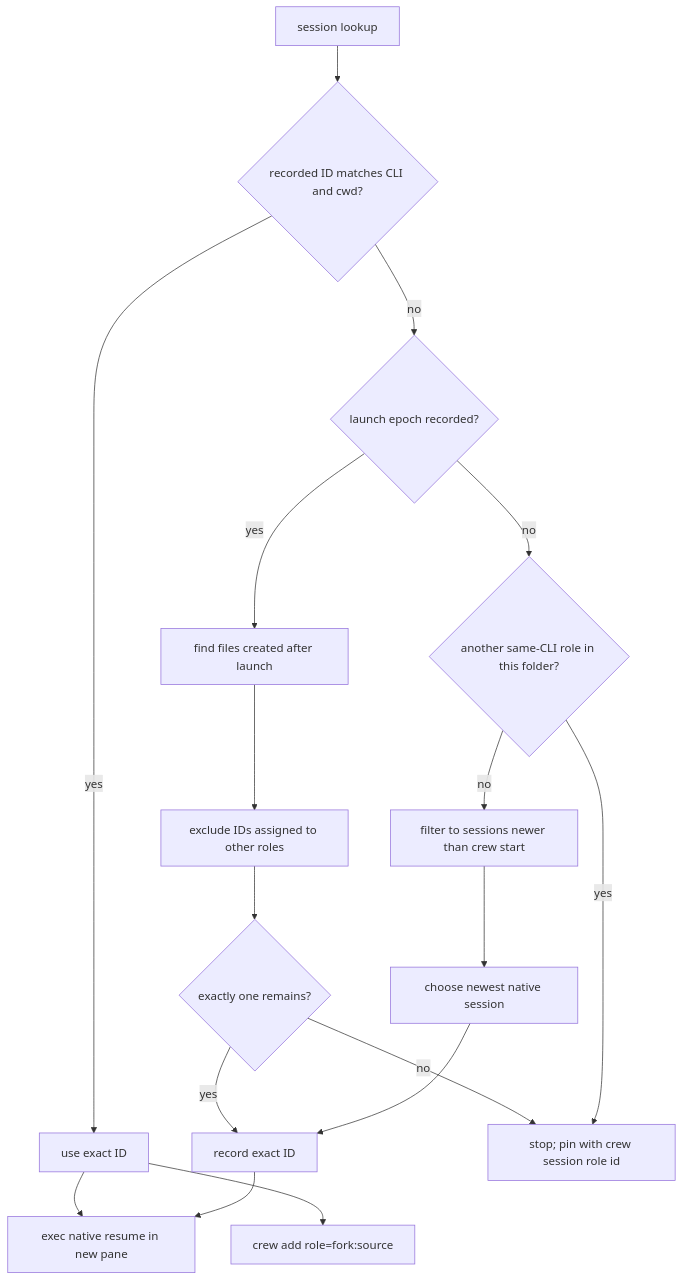
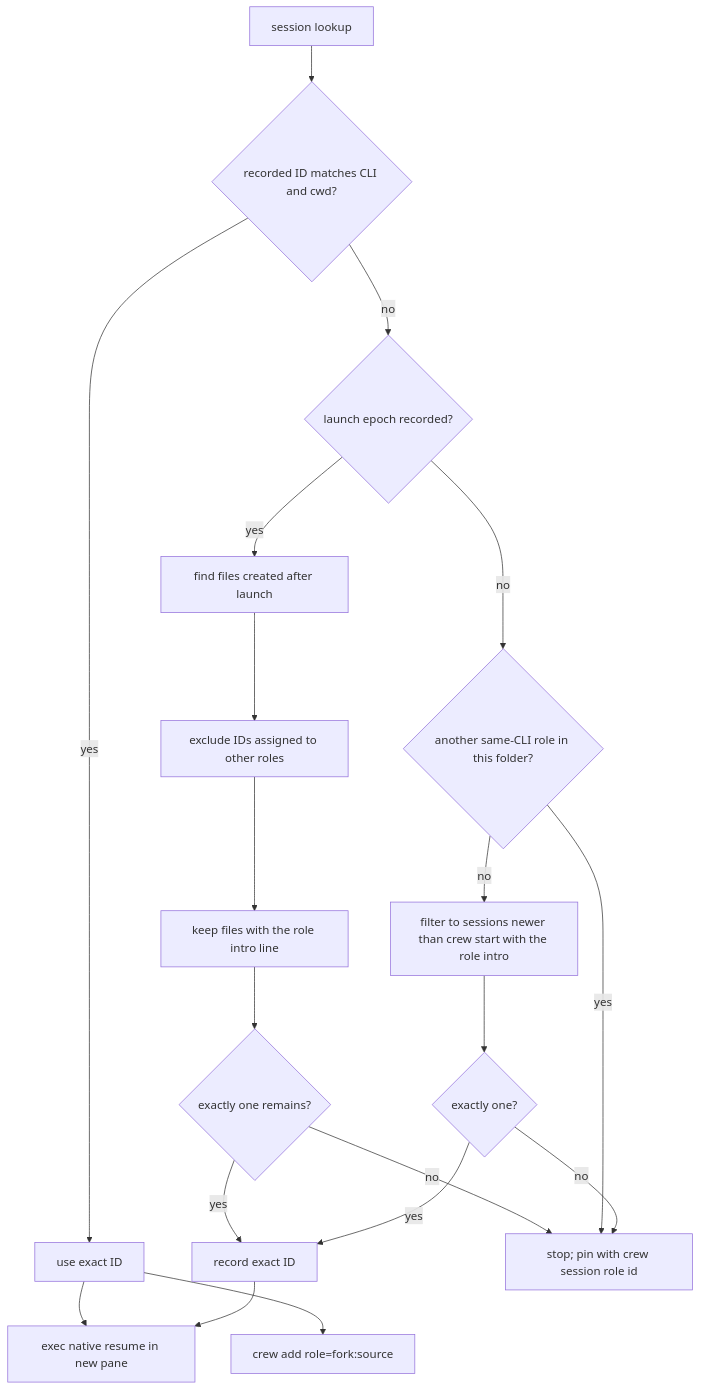
Before and after one commit to mifwar/crew: the diagram in lode/cli/sessions.md, drawn with Mermaid. The commit also changed other lines of this file and 4 other files, not shown here.

Commit message:
sessions: match role intro, drop stale rows, safer resume

````diff
--- a/lode/cli/sessions.md
+++ b/lode/cli/sessions.md
@@ -75,19 +90,21 @@
 ```mermaid
 flowchart TD
   command[session lookup] --> exact{recorded ID matches CLI and cwd?}
   exact -- yes --> use[use exact ID]
   exact -- no --> pending{launch epoch recorded?}
   pending -- yes --> launched[find files created after launch]
   launched --> assigned[exclude IDs assigned to other roles]
-  assigned --> unique{exactly one remains?}
+  assigned --> intro[keep files with the role intro line]
+  intro --> unique{exactly one remains?}
   unique -- yes --> store[record exact ID]
   unique -- no --> pin[stop; pin with crew session role id]
   pending -- no --> shared{another same-CLI role in this folder?}
   shared -- yes --> pin[stop; pin with crew session role id]
-  shared -- no --> fresh[filter to sessions newer than crew start]
-  fresh --> newest[choose newest native session]
-  newest --> store
+  shared -- no --> fresh[filter to sessions newer than crew start with the role intro]
+  fresh --> newest{exactly one?}
+  newest -- yes --> store
+  newest -- no --> pin
   use --> resume[exec native resume in new pane]
   store --> resume
   use --> fork[crew add role=fork:source]
 ```
````
